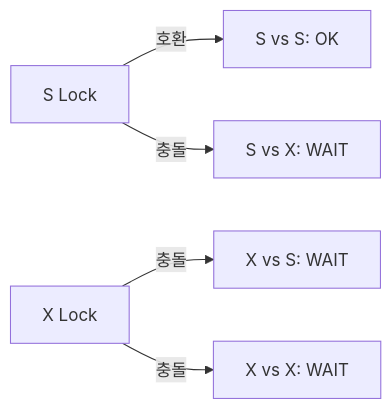
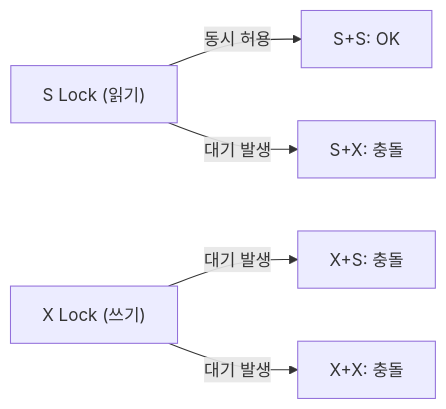
One commit to yjkim2015/yjkim2015.github.io changed the first of 4 diagrams in _posts/db/2026-05-01-db-locks.md. Above: the diagram before and after it, drawn with Mermaid. The commit also changed other lines of this file and 4 other files, not shown here.

````diff
--- a/_posts/db/2026-05-01-db-locks.md
+++ b/_posts/db/2026-05-01-db-locks.md
@@ -31,7 +29,7 @@
 ```mermaid
 graph LR
-    SLock["S Lock"] -->|"호환"| SS["S vs S: OK"]
-    SLock -->|"충돌"| SX["S vs X: WAIT"]
-    XLock["X Lock"] -->|"충돌"| XS["X vs S: WAIT"]
-    XLock -->|"충돌"| XX["X vs X: WAIT"]
+    SLock["S Lock (읽기)"] -->|"동시 허용"| SS["S+S: OK"]
+    SLock -->|"대기 발생"| SX["S+X: 충돌"]
+    XLock["X Lock (쓰기)"] -->|"대기 발생"| XS["X+S: 충돌"]
+    XLock -->|"대기 발생"| XX["X+X: 충돌"]
 ```
````
